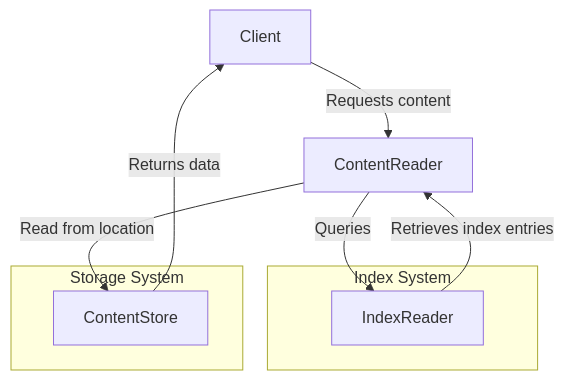
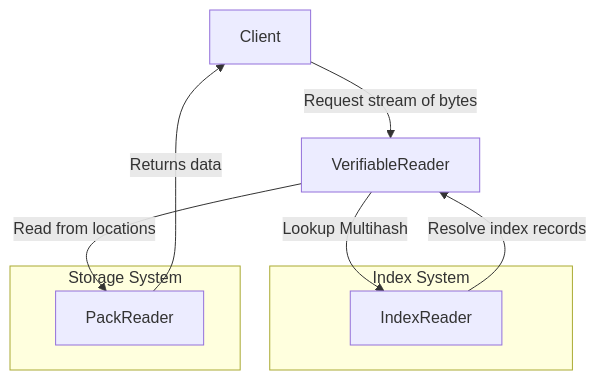
The diagram in specs/index.md (vasco-santos/hash-stream), drawn with Mermaid before and after one commit. The commit also changed other lines of this file, not shown here.

Commit message:
fix: rename to verifiable reader and move around index implementations

````diff
--- a/specs/index.md
+++ b/specs/index.md
@@ -149,16 +123,16 @@
 ```mermaid
 graph TD;
-    Client -->|Requests content| ContentReader;
-    ContentReader -->|Queries| IndexReader;
-    IndexReader -->|Retrieves index entries| ContentReader;
-    ContentReader -->|Read from location| ContentStore;
-    ContentStore -->|Returns data| Client;
+    Client -->|Request stream of bytes| VerifiableReader;
+    VerifiableReader -->|Lookup Multihash| IndexReader;
+    IndexReader -->|Resolve index records| VerifiableReader;
+    VerifiableReader -->|Read from locations| PackReader;
+    PackReader -->|Returns data| Client;
 
     subgraph Index System
         IndexReader
     end
 
     subgraph Storage System
-        ContentStore
+        PackReader
     end
 ```
````
